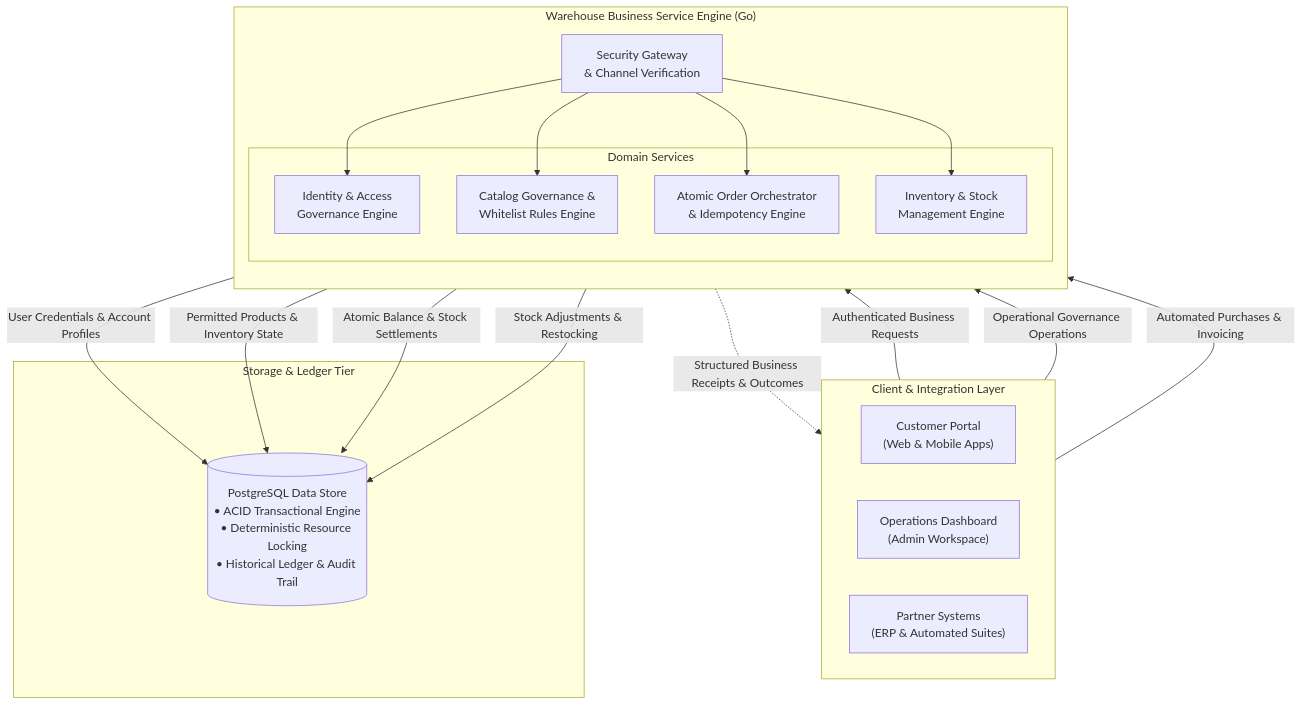
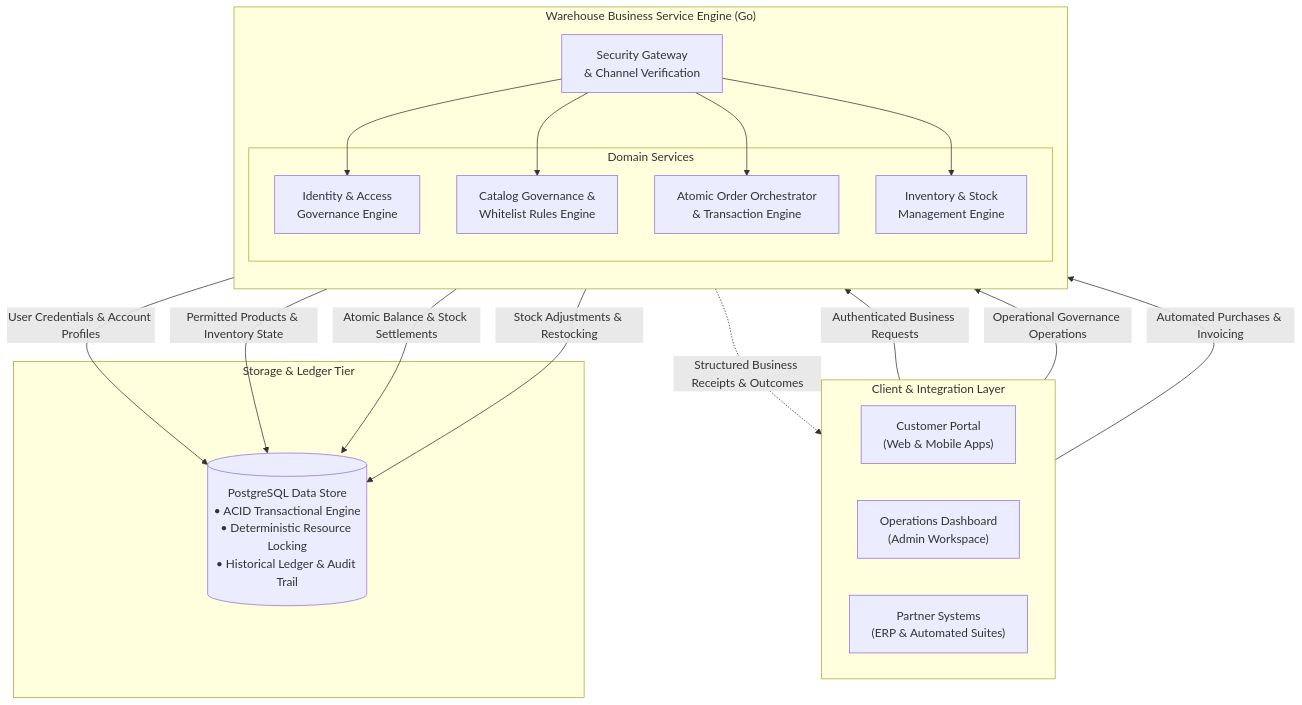
The first of 4 diagrams in specs/client_spec.md (altregubov/warehouse-rest-test-app), drawn with Mermaid before and after one commit. The commit also changed other lines of this file and 13 other files, not shown here.

First line of the commit message:
revert: "feat: add idempotency key support to order placement and balance adjustments"

````diff
--- a/specs/client_spec.md
+++ b/specs/client_spec.md
@@ -46,41 +45,41 @@
 ```mermaid
 flowchart TD
     subgraph ClientLayer["Client & Integration Layer"]
         direction LR
         CustomerApp["Customer Portal\n(Web & Mobile Apps)"]
         AdminDashboard["Operations Dashboard\n(Admin Workspace)"]
         EnterpriseERP["Partner Systems\n(ERP & Automated Suites)"]
     end
 
     subgraph ServiceLayer["Warehouse Business Service Engine (Go)"]
         direction TB
         SecurityGateway["Security Gateway\n& Channel Verification"]
         
         subgraph DomainEngines["Domain Services"]
             AuthEngine["Identity & Access\nGovernance Engine"]
             CatalogEngine["Catalog Governance &\nWhitelist Rules Engine"]
-            OrderEngine["Atomic Order Orchestrator\n& Idempotency Engine"]
+            OrderEngine["Atomic Order Orchestrator\n& Transaction Engine"]
             InventoryEngine["Inventory & Stock\nManagement Engine"]
         end
     end
 
     subgraph PersistenceLayer["Storage & Ledger Tier"]
         PostgresDB[("PostgreSQL Data Store\n• ACID Transactional Engine\n• Deterministic Resource Locking\n• Historical Ledger & Audit Trail")]
     end
 
     CustomerApp -->|"Authenticated Business Requests"| SecurityGateway
     AdminDashboard -->|"Operational Governance Operations"| SecurityGateway
     EnterpriseERP -->|"Automated Purchases & Invoicing"| SecurityGateway
 
     SecurityGateway --> AuthEngine
     SecurityGateway --> CatalogEngine
     SecurityGateway --> OrderEngine
     SecurityGateway --> InventoryEngine
 
     AuthEngine -->|"User Credentials & Account Profiles"| PostgresDB
     CatalogEngine -->|"Permitted Products & Inventory State"| PostgresDB
     OrderEngine -->|"Atomic Balance & Stock Settlements"| PostgresDB
     InventoryEngine -->|"Stock Adjustments & Restocking"| PostgresDB
 
     SecurityGateway -.->|"Structured Business Receipts & Outcomes"| ClientLayer
 ```
````
